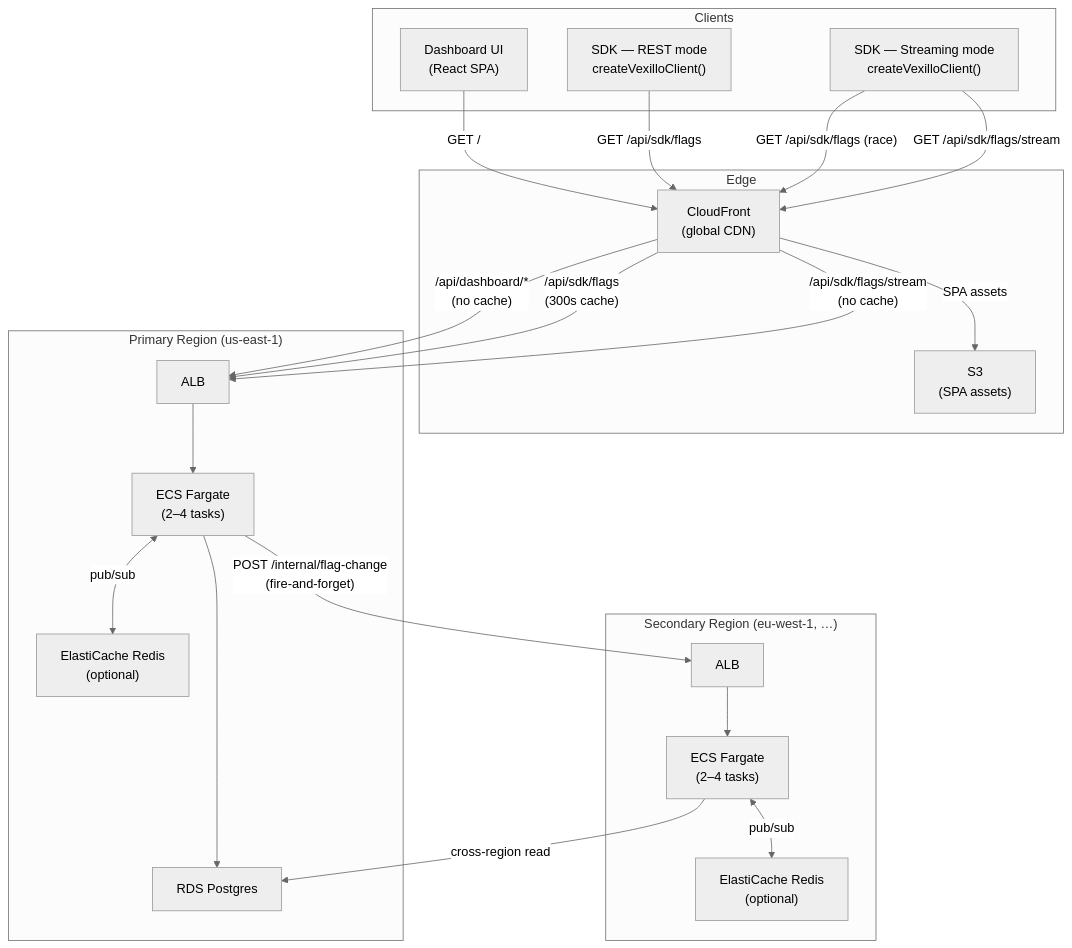
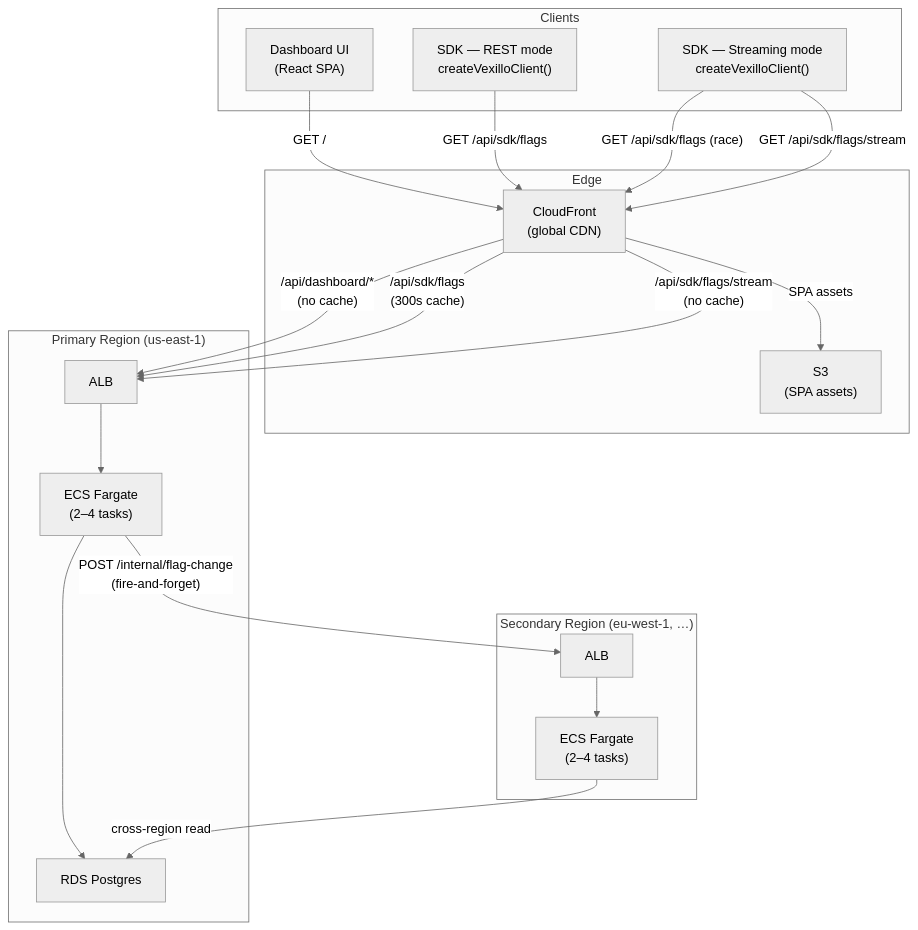
The first of 4 diagrams in docs/architecture.md (RBM-Software/vexillo), drawn with Mermaid (neutral theme) before and after one commit. The commit also changed other lines of this file, not shown here.

First line of the commit message:
docs: correct architecture diagram — remove Redis from CDK-provisioned infra

````diff
--- a/docs/architecture.md
+++ b/docs/architecture.md
@@ -9,45 +9,41 @@
 ```mermaid
 graph TD
     subgraph Clients
         Dashboard["Dashboard UI\n(React SPA)"]
         SDK_REST["SDK — REST mode\ncreateVexilloClient()"]
         SDK_SSE["SDK — Streaming mode\ncreateVexilloClient()"]
     end
 
     subgraph Edge
         CF["CloudFront\n(global CDN)"]
         S3["S3\n(SPA assets)"]
     end
 
     subgraph Primary["Primary Region (us-east-1)"]
         ALB_P["ALB"]
         ECS_P["ECS Fargate\n(2–4 tasks)"]
-        Redis_P["ElastiCache Redis\n(optional)"]
         RDS["RDS Postgres"]
     end
 
     subgraph Secondary["Secondary Region (eu-west-1, …)"]
         ALB_S["ALB"]
         ECS_S["ECS Fargate\n(2–4 tasks)"]
-        Redis_S["ElastiCache Redis\n(optional)"]
     end
 
     Dashboard -->|"GET /"| CF
     CF -->|SPA assets| S3
     CF -->|"/api/dashboard/*\n(no cache)"| ALB_P
     CF -->|"/api/sdk/flags\n(300s cache)"| ALB_P
     CF -->|"/api/sdk/flags/stream\n(no cache)"| ALB_P
 
     SDK_REST -->|"GET /api/sdk/flags"| CF
     SDK_SSE -->|"GET /api/sdk/flags (race)"| CF
     SDK_SSE -->|"GET /api/sdk/flags/stream"| CF
 
     ALB_P --> ECS_P
     ECS_P --> RDS
-    ECS_P <-->|"pub/sub"| Redis_P
 
     ECS_P -->|"POST /internal/flag-change\n(fire-and-forget)"| ALB_S
     ALB_S --> ECS_S
     ECS_S -->|"cross-region read"| RDS
-    ECS_S <-->|"pub/sub"| Redis_S
 ```
````
